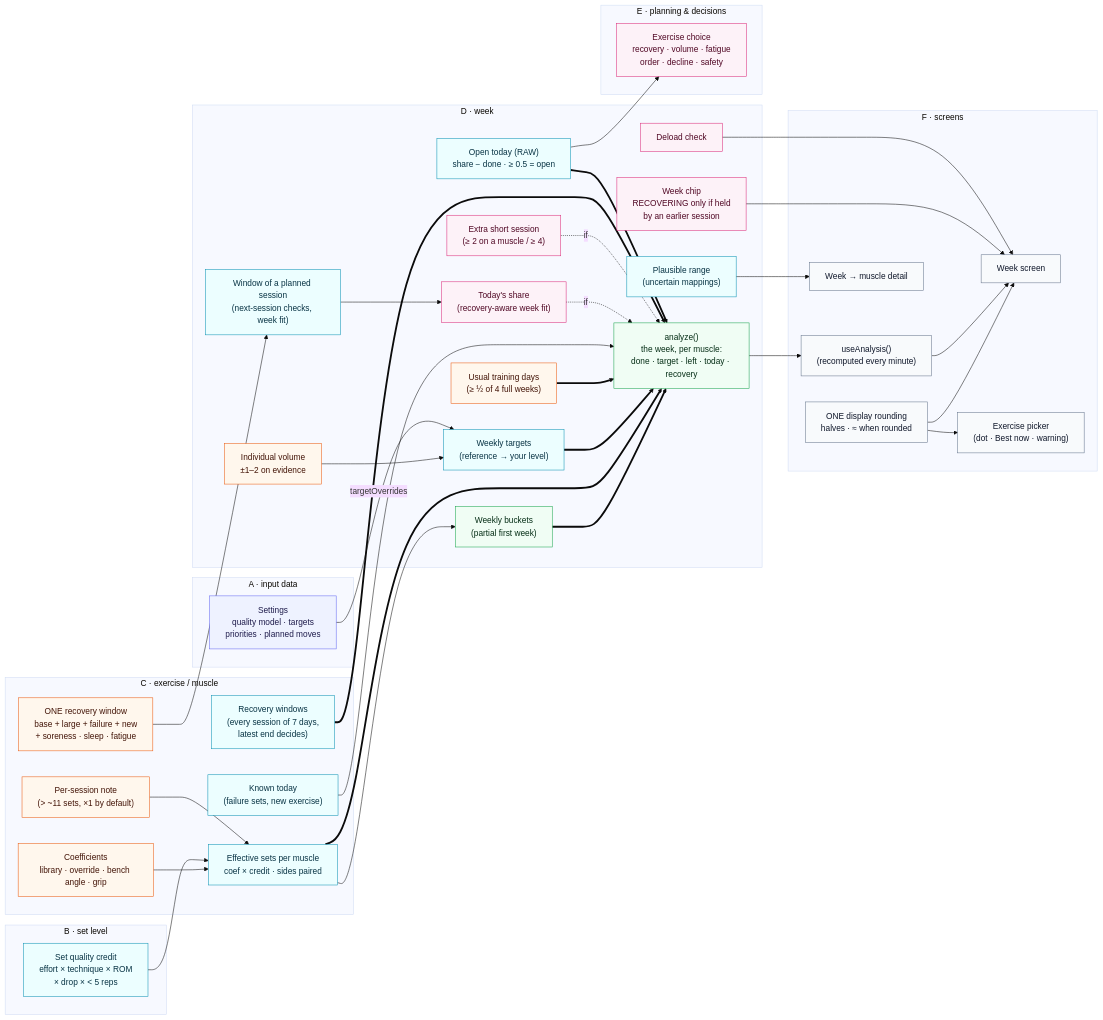
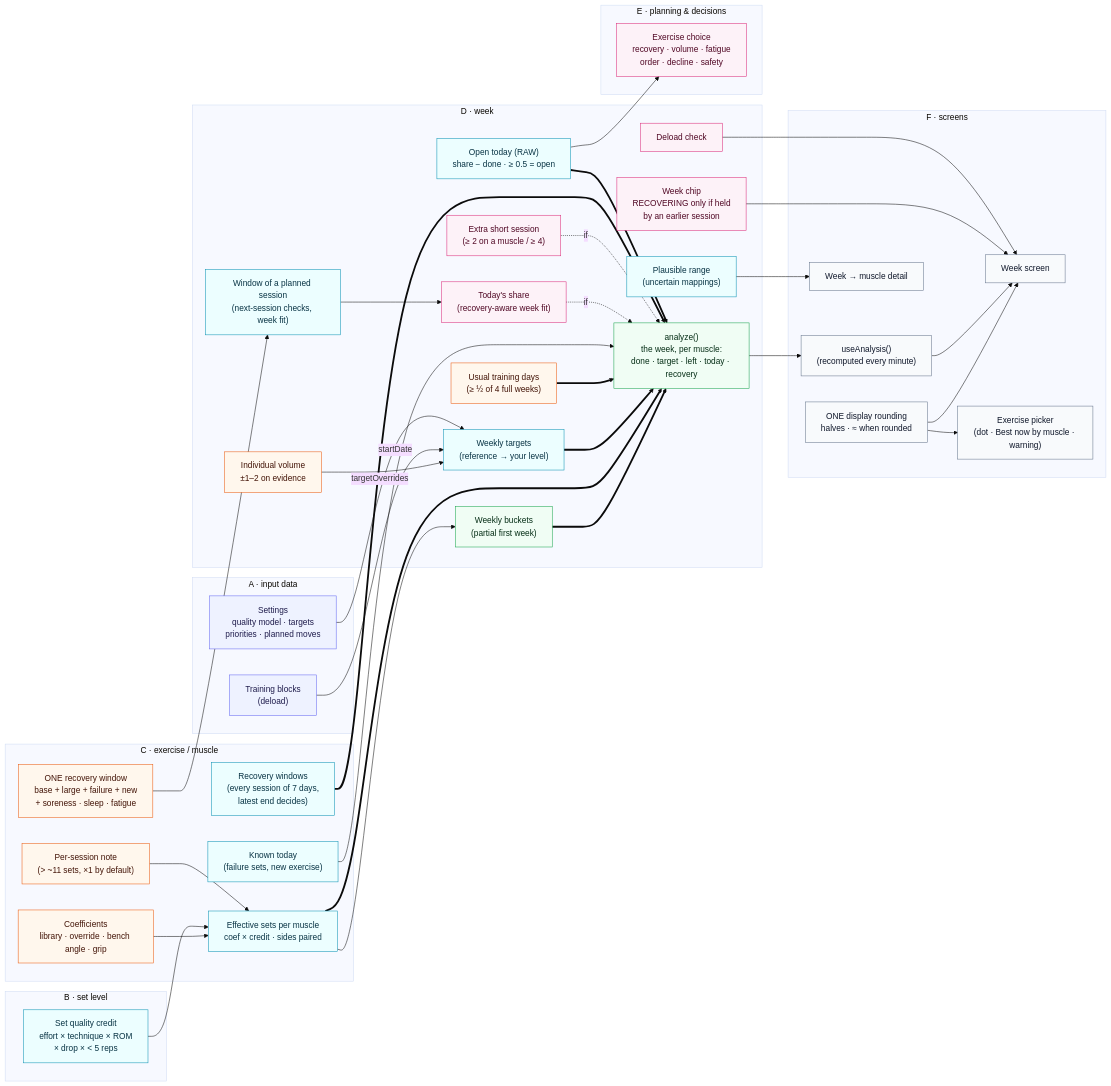
One commit to seniashinmaksim/gym-rat changed the third of 8 diagrams in docs/FORMULA_DEPENDENCY_MAP.md. Above: the diagram before and after it, drawn with Mermaid (base theme). The commit also changed other lines of this file and 55 other files, not shown here.

````diff
--- a/docs/FORMULA_DEPENDENCY_MAP.md
+++ b/docs/FORMULA_DEPENDENCY_MAP.md
@@ -245,72 +247,74 @@
 ```mermaid
 flowchart LR
   subgraph A["A · input data"]
+    in_blocks["Training blocks<br/>(deload)"]:::input
     in_settings["Settings<br/>quality model · targets<br/>priorities · planned moves"]:::input
   end
   subgraph B["B · set level"]
     assess["Set quality credit<br/>effort × technique × ROM<br/>× drop × < 5 reps"]:::formula
   end
   subgraph C["C · exercise / muscle"]
     coef["Coefficients<br/>library · override · bench angle · grip"]:::rule
     volume["Effective sets per muscle<br/>coef × credit · sides paired"]:::formula
     taper["Per-session note<br/>(> ~11 sets, ×1 by default)"]:::rule
     window["ONE recovery window<br/>base + large + failure + new<br/>+ soreness · sleep · fatigue"]:::rule
     todayextra["Known today<br/>(failure sets, new exercise)"]:::formula
     recovery["Recovery windows<br/>(every session of 7 days,<br/>latest end decides)"]:::formula
   end
   subgraph D["D · week"]
     weekly["Weekly buckets<br/>(partial first week)"]:::aggregation
     analyze["analyze()<br/>the week, per muscle:<br/>done · target · left · today · recovery"]:::aggregation
     volresp["Individual volume<br/>±1–2 on evidence"]:::rule
     targets["Weekly targets<br/>(reference → your level)"]:::formula
     usual["Usual training days<br/>(≥ ½ of 4 full weeks)"]:::rule
     sesswin["Window of a planned session<br/>(next-session checks, week fit)"]:::formula
     fit["Today's share<br/>(recovery-aware week fit)"]:::decision
     extra["Extra short session<br/>(≥ 2 on a muscle / ≥ 4)"]:::decision
     openshare["Open today (RAW)<br/>share − done · ≥ 0.5 = open"]:::formula
     weekchip["Week chip<br/>RECOVERING only if held<br/>by an earlier session"]:::decision
     mapspread["Plausible range<br/>(uncertain mappings)"]:::formula
     deload["Deload check"]:::decision
   end
   subgraph E["E · planning & decisions"]
     choice["Exercise choice<br/>recovery · volume · fatigue<br/>order · decline · safety"]:::decision
   end
   subgraph F["F · screens"]
     display["ONE display rounding<br/>halves · ≈ when rounded"]:::ui
     ui_week["Week screen"]:::ui
-    ui_picker["Exercise picker<br/>(dot · Best now · warning)"]:::ui
+    ui_picker["Exercise picker<br/>(dot · Best now by muscle · warning)"]:::ui
     ui_analysis["useAnalysis()<br/>(recomputed every minute)"]:::ui
     ui_muscledetail["Week → muscle detail"]:::ui
   end
   coef --> volume
   assess --> volume
   taper --> volume
   volume --> weekly
   weekly ==> analyze
   volume ==> analyze
   volresp --> targets
+  in_blocks -->|startDate| targets
   in_settings -->|targetOverrides| targets
   targets ==> analyze
   usual ==> analyze
   window --> sesswin
   sesswin --> fit
   todayextra --> analyze
   fit -.->|if| analyze
   extra -.->|if| analyze
   recovery ==> analyze
   openshare ==> analyze
   openshare --> choice
   display --> ui_week
   display --> ui_picker
   analyze --> ui_analysis
   ui_analysis --> ui_week
   weekchip --> ui_week
   mapspread --> ui_muscledetail
   deload --> ui_week
   classDef input fill:#eef2ff,stroke:#6366f1,color:#1e1b4b
   classDef formula fill:#ecfeff,stroke:#0891b2,color:#083344
   classDef rule fill:#fff7ed,stroke:#ea580c,color:#431407
   classDef aggregation fill:#f0fdf4,stroke:#16a34a,color:#052e16
   classDef decision fill:#fdf2f8,stroke:#db2777,color:#500724
   classDef ui fill:#f8fafc,stroke:#64748b,color:#0f172a
 ```
````
